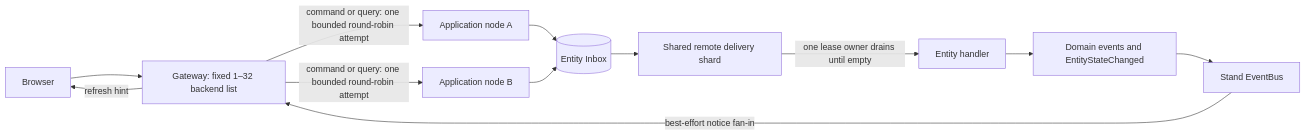
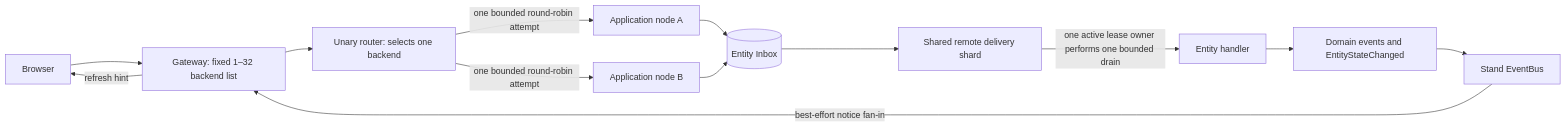
Before and after one commit to SpineEventEngine/spine-ts: the diagram in docs/architecture/README.md, drawn with Mermaid. The commit also changed other lines of this file and 6 other files, not shown here.

````diff
--- a/docs/architecture/README.md
+++ b/docs/architecture/README.md
@@ -18,14 +22,15 @@
 ```mermaid
 flowchart LR
   Browser --> Gateway[Gateway: fixed 1–32 backend list]
-  Gateway -->|command or query: one bounded round-robin attempt| AppA[Application node A]
-  Gateway -->|command or query: one bounded round-robin attempt| AppB[Application node B]
+  Gateway --> Select[Unary router: selects one backend]
+  Select -->|one bounded round-robin attempt| AppA[Application node A]
+  Select -->|one bounded round-robin attempt| AppB[Application node B]
   AppA --> Inbox[(Entity Inbox)]
   AppB --> Inbox
   Inbox --> Delivery[Shared remote delivery shard]
-  Delivery -->|one lease owner drains until empty| Entity[Entity handler]
+  Delivery -->|one active lease owner performs one bounded drain| Entity[Entity handler]
   Entity --> Events[Domain events and EntityStateChanged]
   Events --> Stand[Stand EventBus]
   Stand -->|best-effort notice fan-in| Gateway
   Gateway -->|refresh hint| Browser
 ```
````
